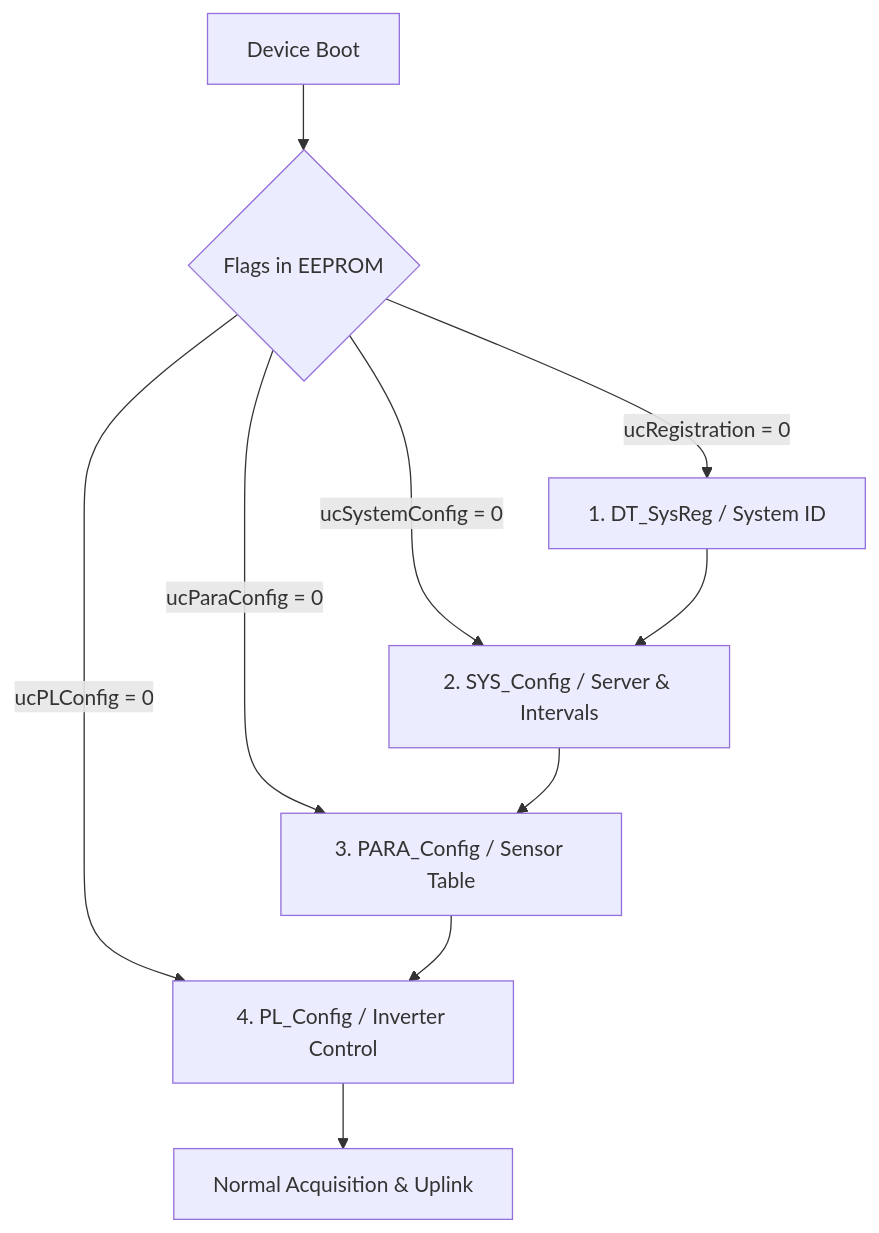
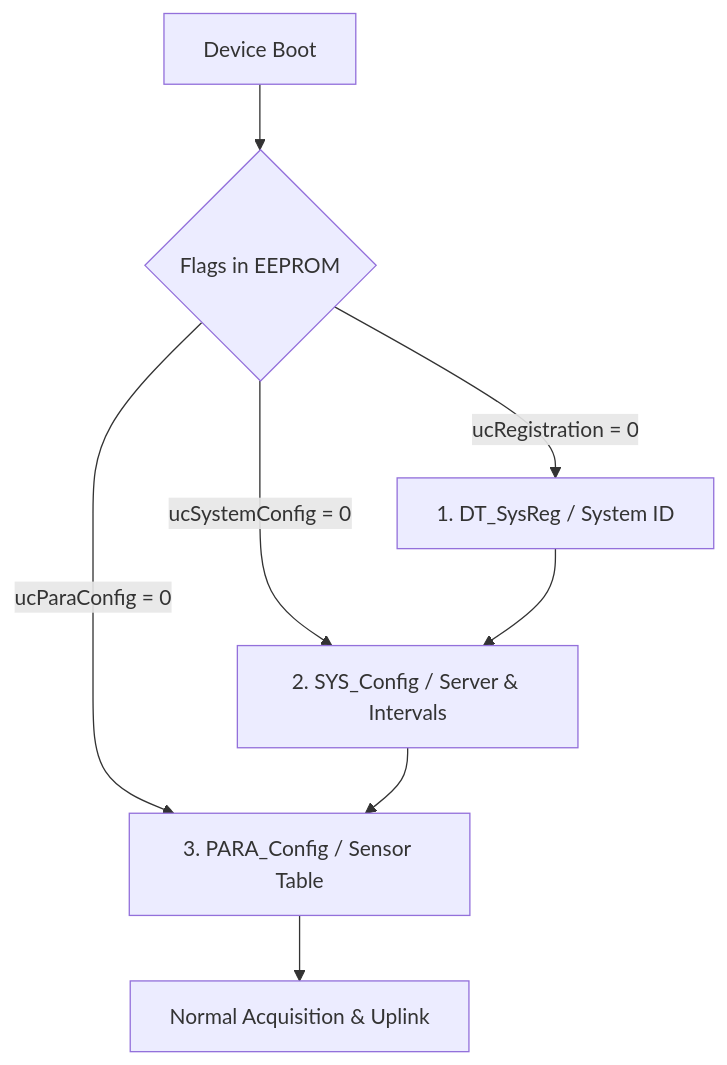
One commit to userdevil/IotController changed the first of 2 diagrams in JSON_CONFIG_AND_DEBUG_COMMANDS.md. Above: the diagram before and after it, drawn with Mermaid. The commit also changed other lines of this file and 7 other files, not shown here.

````diff
--- a/JSON_CONFIG_AND_DEBUG_COMMANDS.md
+++ b/JSON_CONFIG_AND_DEBUG_COMMANDS.md
@@ -27,9 +27,8 @@
 ```mermaid
 flowchart TD
     PowerOn[Device Boot] --> CheckFlags{Flags in EEPROM}
     CheckFlags -->|ucRegistration = 0| SysReg[1. DT_SysReg / System ID]
     CheckFlags -->|ucSystemConfig = 0| SysCfg[2. SYS_Config / Server & Intervals]
     CheckFlags -->|ucParaConfig = 0| ParaCfg[3. PARA_Config / Sensor Table]
-    CheckFlags -->|ucPLConfig = 0| PLCfg[4. PL_Config / Inverter Control]
-    SysReg --> SysCfg --> ParaCfg --> PLCfg --> NormalOp[Normal Acquisition & Uplink]
+    SysReg --> SysCfg --> ParaCfg --> NormalOp[Normal Acquisition & Uplink]
 ```
````
